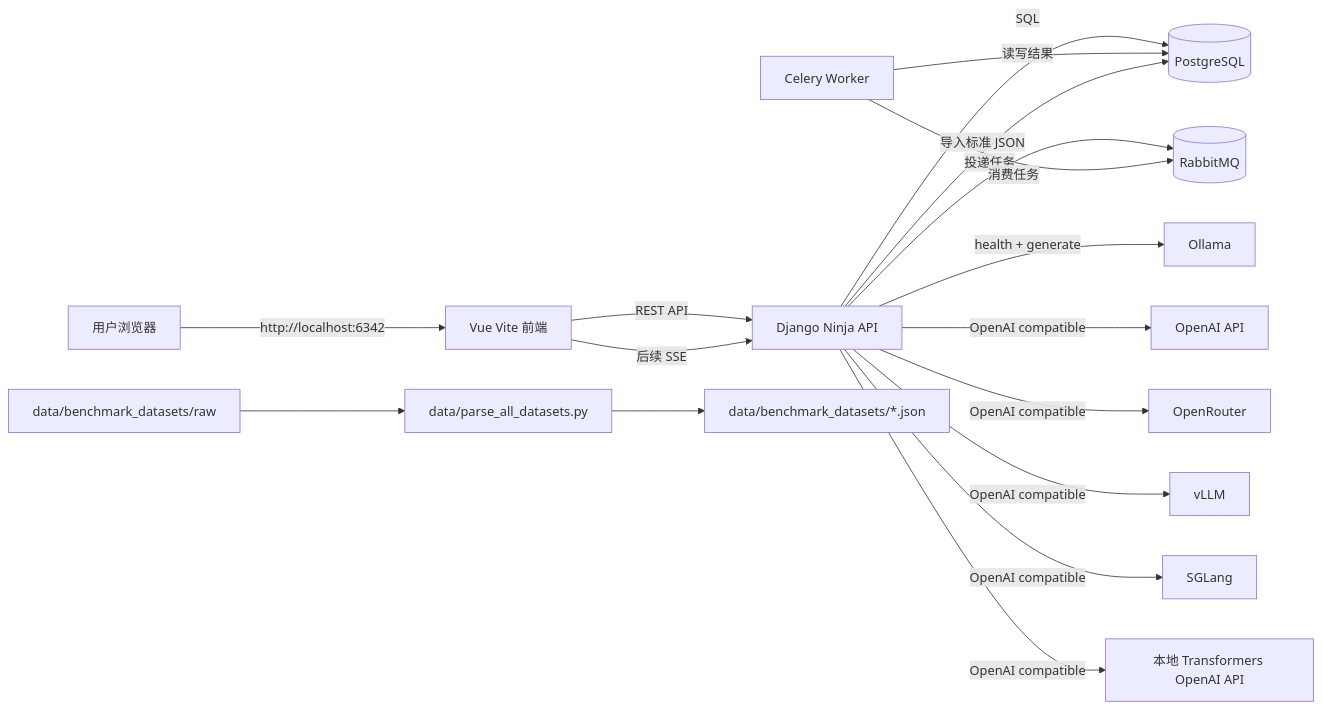
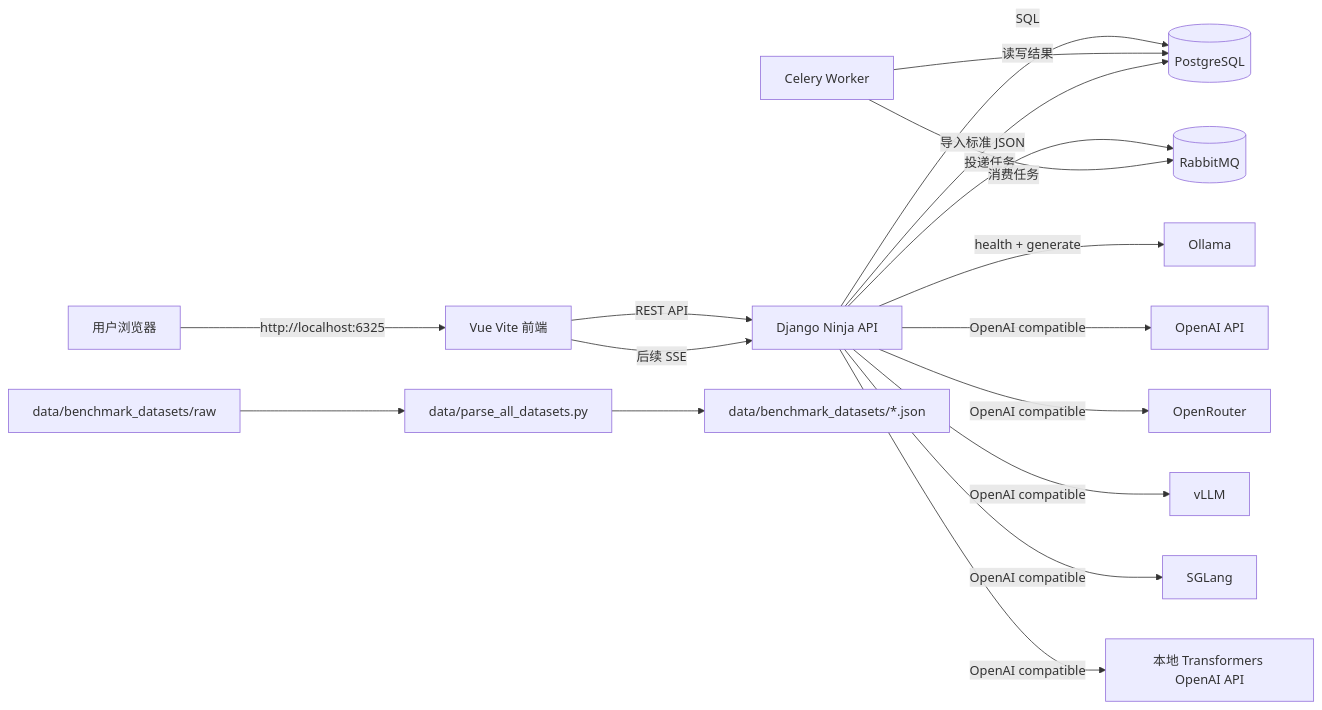
The first of 13 diagrams in docs/mermaid-flows-cn.md (billzi2016/LLM-Benchmark-Studio), drawn with Mermaid before and after one commit. The commit also changed other lines of this file and 22 other files, not shown here.

````diff
--- a/docs/mermaid-flows-cn.md
+++ b/docs/mermaid-flows-cn.md
@@ -7,22 +7,22 @@
 ```mermaid
 flowchart LR
-  User[用户浏览器] -->|http://localhost:6342| Vue[Vue Vite 前端]
+  User[用户浏览器] -->|http://localhost:6325| Vue[Vue Vite 前端]
   Vue -->|REST API| Django[Django Ninja API]
   Vue -->|后续 SSE| Django
 
   Django -->|SQL| PostgreSQL[(PostgreSQL)]
   Django -->|投递任务| RabbitMQ[(RabbitMQ)]
   Celery[Celery Worker] -->|消费任务| RabbitMQ
   Celery -->|读写结果| PostgreSQL
 
   Django -->|health + generate| Ollama[Ollama]
   Django -->|OpenAI compatible| OpenAI[OpenAI API]
   Django -->|OpenAI compatible| OpenRouter[OpenRouter]
   Django -->|OpenAI compatible| VLLM[vLLM]
   Django -->|OpenAI compatible| SGLang[SGLang]
   Django -->|OpenAI compatible| LocalAPI[本地 Transformers OpenAI API]
 
   RawData[data/benchmark_datasets/raw] --> Parser[data/parse_all_datasets.py]
   Parser --> JsonData[data/benchmark_datasets/*.json]
   Django -->|导入标准 JSON| PostgreSQL
 ```
````
